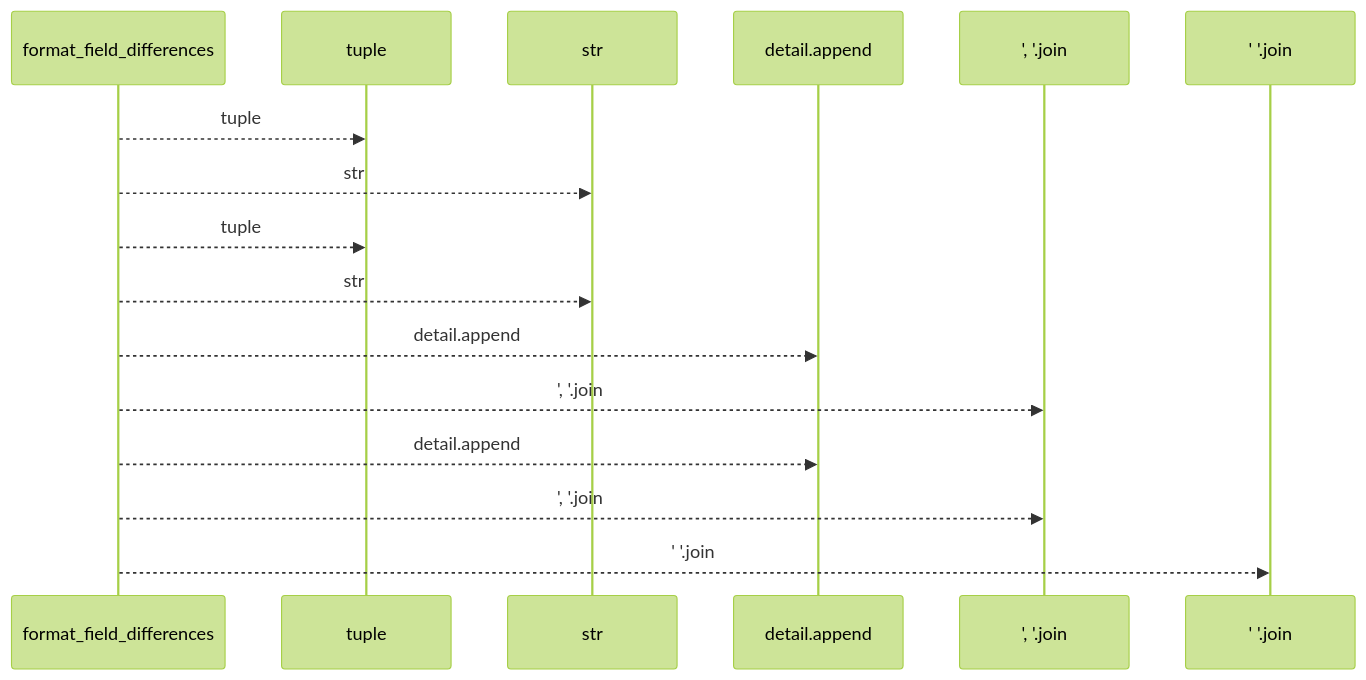
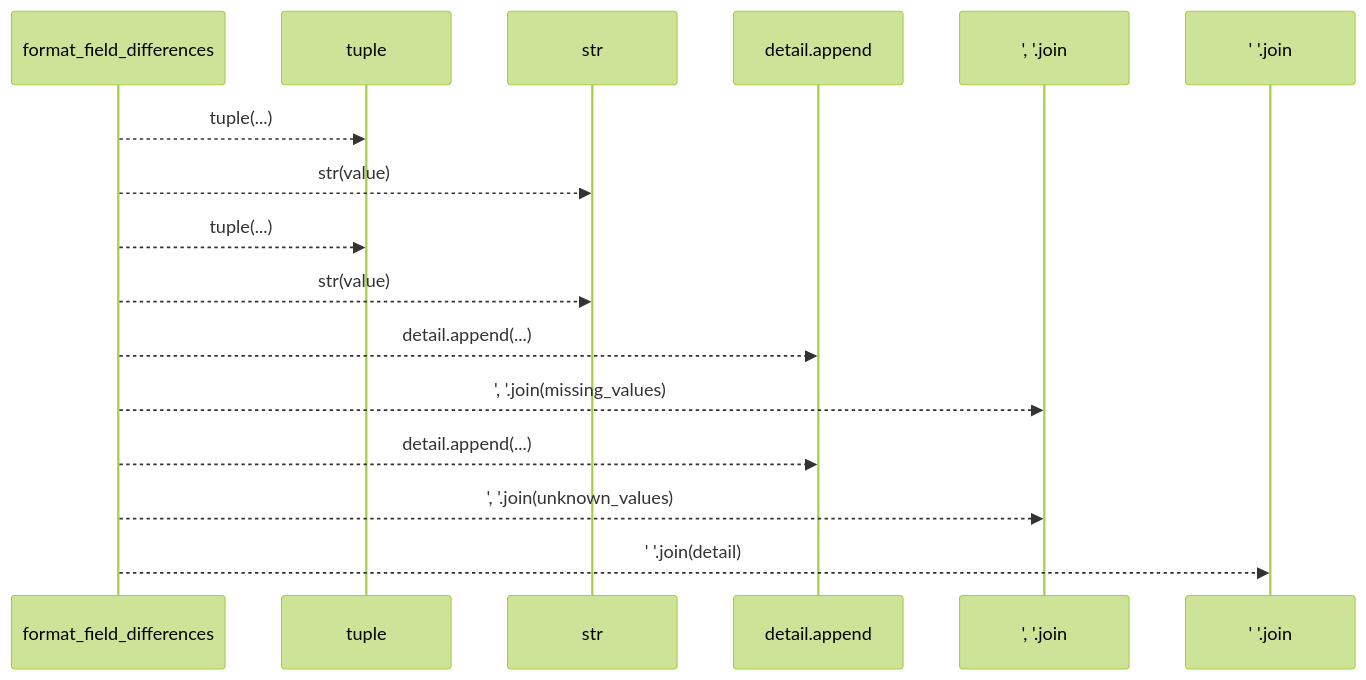
Before and after one commit to Denissvgn/python-wiki-llm: the first of 2 diagrams in docs/llm_wiki/flows/api-format_field_differences.md, drawn with Mermaid (forest theme). The commit also changed other lines of this file and 1410 other files, not shown here.

````diff
--- a/docs/llm_wiki/flows/api-format_field_differences.md
+++ b/docs/llm_wiki/flows/api-format_field_differences.md
@@ -10,18 +12,18 @@
 ```mermaid
 sequenceDiagram
     participant p0 as format_field_differences
     participant p1 as tuple
     participant p2 as str
     participant p3 as detail.append
     participant p4 as ', '.join
     participant p5 as ' '.join
-    p0-->>p1: tuple
-    p0-->>p2: str
-    p0-->>p1: tuple
-    p0-->>p2: str
-    p0-->>p3: detail.append
-    p0-->>p4: ', '.join
-    p0-->>p3: detail.append
-    p0-->>p4: ', '.join
-    p0-->>p5: ' '.join
+    p0-->>p1: tuple(...)
+    p0-->>p2: str(value)
+    p0-->>p1: tuple(...)
+    p0-->>p2: str(value)
+    p0-->>p3: detail.append(...)
+    p0-->>p4: ', '.join(missing_values)
+    p0-->>p3: detail.append(...)
+    p0-->>p4: ', '.join(unknown_values)
+    p0-->>p5: ' '.join(detail)
 ```
````
